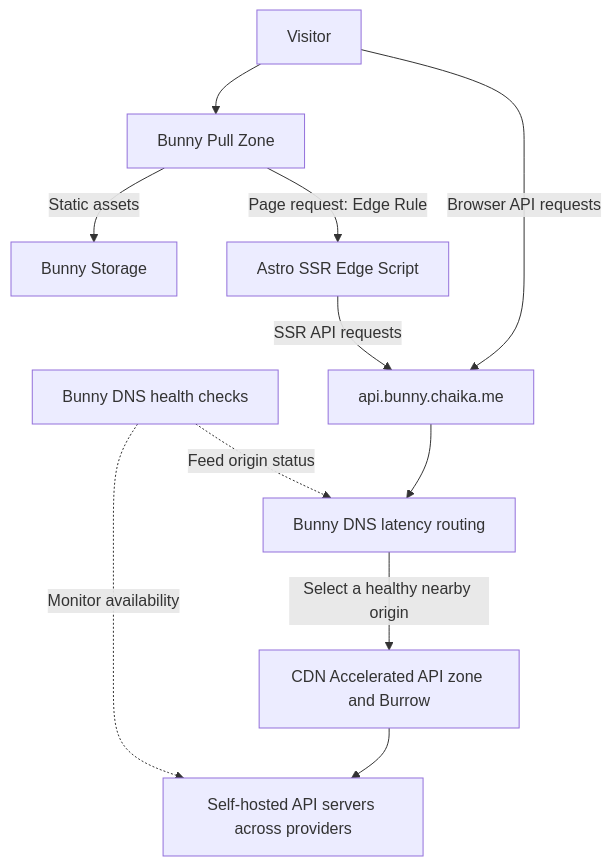
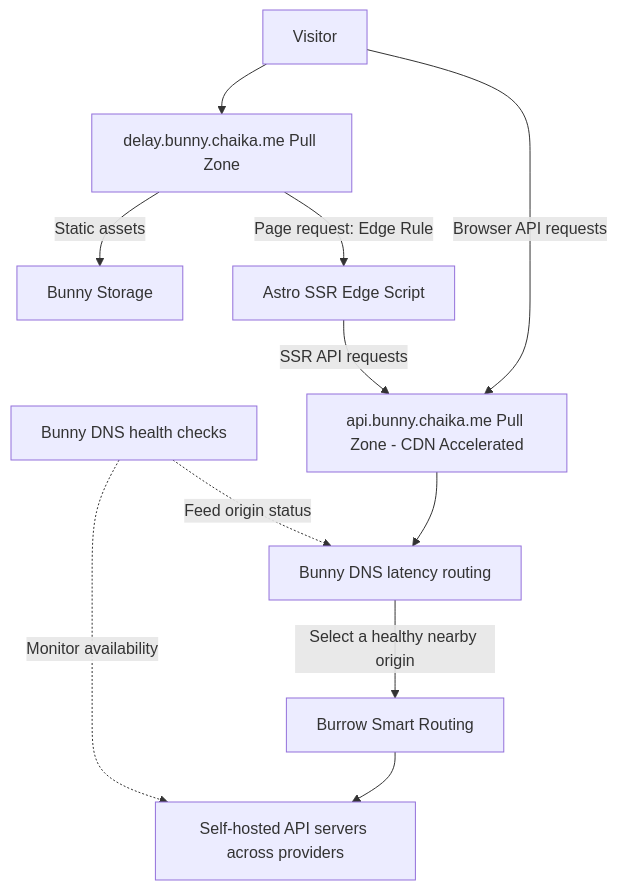
One commit to Tyler-OBrien/personal_website changed the diagram in content/posts/2026/10/06/Hosting-Astro-SSR-On-Bunny/index.md. Above: the diagram before and after it, drawn with Mermaid. The commit also changed other lines of this file, not shown here.

Commit message:
Clarify Bunny hosting diagram and link project source

```diff
--- a/content/posts/2026/10/06/Hosting-Astro-SSR-On-Bunny/index.md
+++ b/content/posts/2026/10/06/Hosting-Astro-SSR-On-Bunny/index.md
@@ -30,13 +30,13 @@
 {{< mermaid >}}
 flowchart TD
-Visitor[Visitor] --> CDN[Bunny Pull Zone]
+Visitor[Visitor] --> CDN["delay.bunny.chaika.me Pull Zone"]
 CDN -->|Static assets| Storage[Bunny Storage]
 CDN -->|Page request: Edge Rule| Script[Astro SSR Edge Script]
-Visitor -->|Browser API requests| API[api.bunny.chaika.me]
+Visitor -->|Browser API requests| API["api.bunny.chaika.me Pull Zone - CDN Accelerated"]
 Script -->|SSR API requests| API
 API --> DNS[Bunny DNS latency routing]
-DNS -->|Select a healthy nearby origin| Accelerated[CDN Accelerated API zone and Burrow]
+DNS -->|Select a healthy nearby origin| Accelerated[Burrow Smart Routing]
 Accelerated --> Origins[Self-hosted API servers across providers]
 Checks[Bunny DNS health checks] -.->|Monitor availability| Origins
 Checks -.->|Feed origin status| DNS
 {{< /mermaid >}}
```
